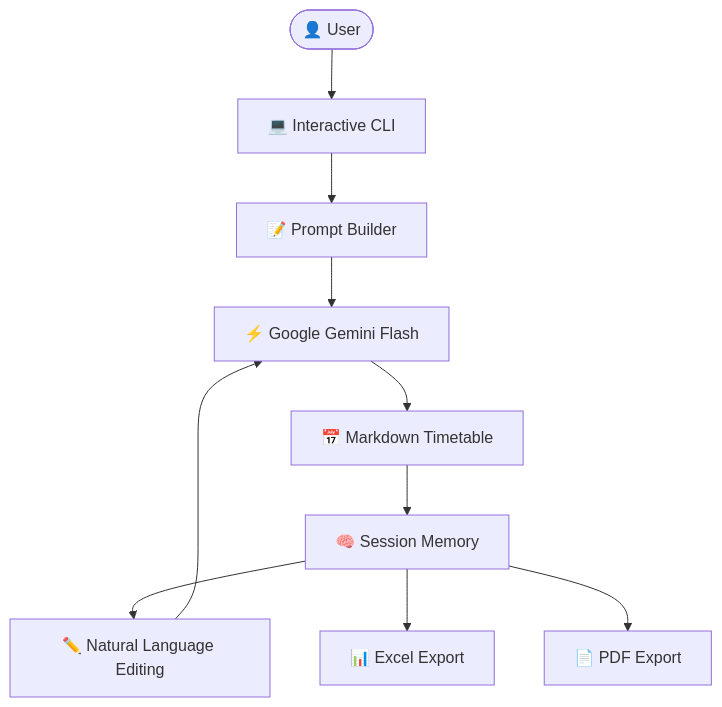
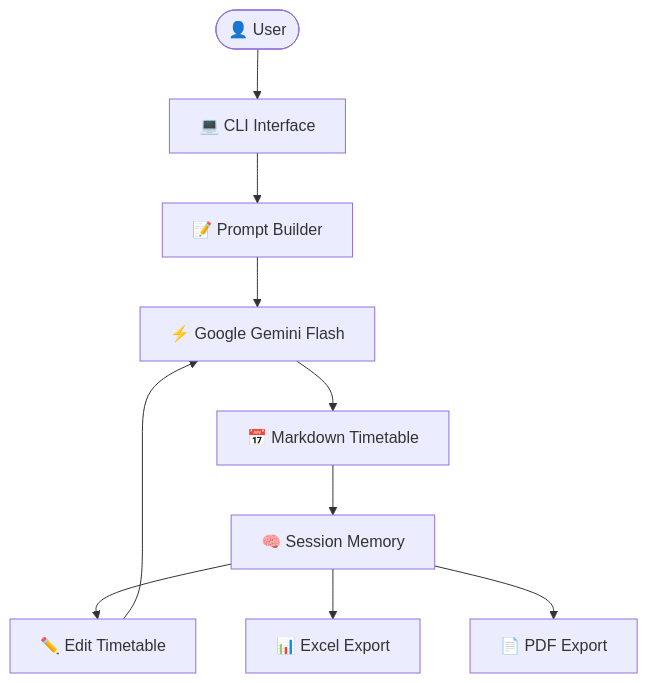
The diagram in ReadMe.md (vaibhavsimha-j/TimeMind), drawn with Mermaid before and after one commit. The commit also changed other lines of this file, not shown here.

````diff
--- a/ReadMe.md
+++ b/ReadMe.md
@@ -26,23 +22,23 @@
 ```mermaid
 flowchart TD
 
 A([👤 User])
 
-A --> B["💻 Interactive CLI"]
+A --> B["💻 CLI Interface"]
 
 B --> C["📝 Prompt Builder"]
 
 C --> D["⚡ Google Gemini Flash"]
 
 D --> E["📅 Markdown Timetable"]
 
 E --> F["🧠 Session Memory"]
 
-F --> G["✏️ Natural Language Editing"]
+F --> G["✏️ Edit Timetable"]
 
 G --> D
 
 F --> H["📊 Excel Export"]
 
 F --> I["📄 PDF Export"]
 ```
````
